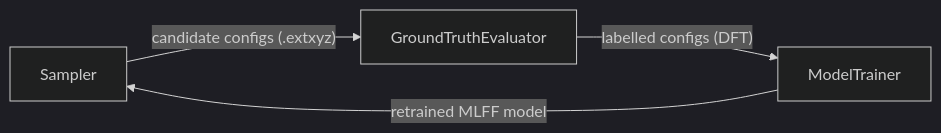
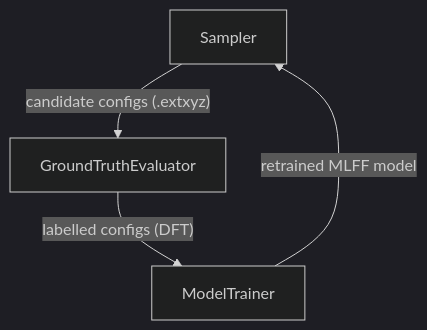
One commit to nunglert/remote_handler changed the fourth of 5 diagrams in docs/source/concepts.rst. Above: the diagram before and after it, drawn with Mermaid (dark theme). The commit also changed other lines of this file and 7 other files, not shown here.

```diff
--- a/docs/source/concepts.rst
+++ b/docs/source/concepts.rst
@@ -127,6 +128,6 @@
 .. mermaid::
 
-   flowchart LR
+   flowchart TB
        Sampler["Sampler"] -->|"candidate configs (.extxyz)"| Eval["GroundTruthEvaluator"]
        Eval -->|"labelled configs (DFT)"| Trainer["ModelTrainer"]
        Trainer -->|"retrained MLFF model"| Sampler
```
